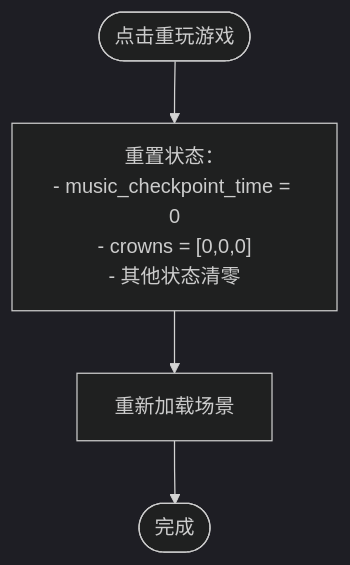
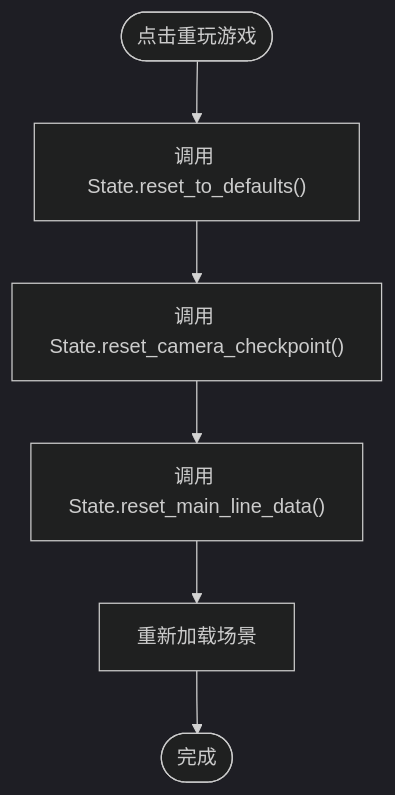
One commit to godotline/godot-line changed the ninth of 11 diagrams in .qoder/repowiki/zh/content/核心架构设计/设计模式应用/状态管理模式.md. Above: the diagram before and after it, drawn with Mermaid (dark theme). The commit also changed other lines of this file and 687 other files, not shown here.

````diff
--- a/.qoder/repowiki/zh/content/核心架构设计/设计模式应用/状态管理模式.md
+++ b/.qoder/repowiki/zh/content/核心架构设计/设计模式应用/状态管理模式.md
@@ -308,6 +331,8 @@
 ```mermaid
 flowchart TD
-Start(["点击重玩游戏"]) --> Reset["重置状态：<br/>- music_checkpoint_time = 0<br/>- crowns = [0,0,0]<br/>- 其他状态清零"]
-Reset --> Reload["重新加载场景"]
+Start(["点击重玩游戏"]) --> Reset["调用 State.reset_to_defaults()"]
+Reset --> ClearCamera["调用 State.reset_camera_checkpoint()"]
+ClearCamera --> ClearRuntime["调用 State.reset_main_line_data()"]
+ClearRuntime --> Reload["重新加载场景"]
 Reload --> End(["完成"])
 ```
````
